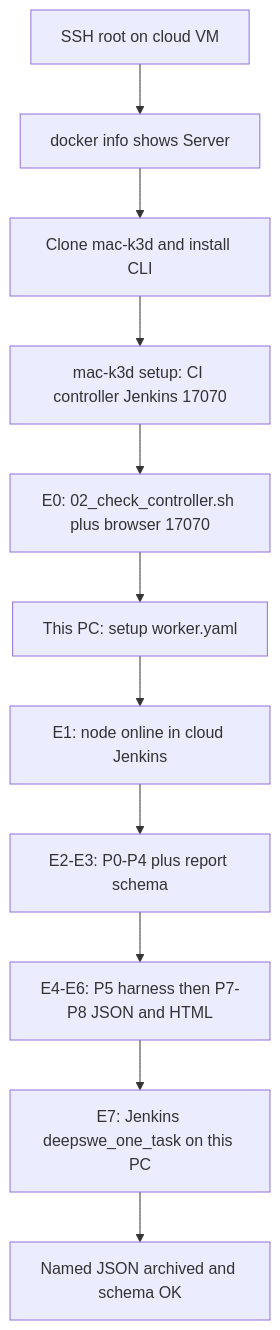
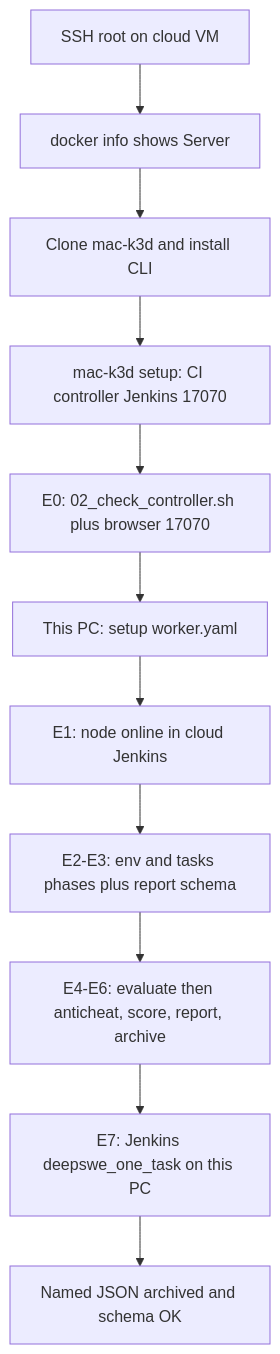
Before and after one commit to Toby-Yu/mac-k3d: the first of 2 diagrams in docs/testing/cloud-eval-runbook.md, drawn with Mermaid. The commit also changed other lines of this file and 126 other files, not shown here.

````diff
--- a/docs/testing/cloud-eval-runbook.md
+++ b/docs/testing/cloud-eval-runbook.md
@@ -35,18 +35,18 @@
 ```mermaid
 flowchart TD
   sshRoot["SSH root on cloud VM"]
   dockerOk["docker info shows Server"]
   cloneBuild["Clone mac-k3d and install CLI"]
   setupCtrl["mac-k3d setup: CI controller Jenkins 17070"]
   e0check["E0: 02_check_controller.sh plus browser 17070"]
   workerSetup["This PC: setup worker.yaml"]
   e1check["E1: node online in cloud Jenkins"]
-  cheap["E2-E3: P0-P4 plus report schema"]
-  paid["E4-E6: P5 harness then P7-P8 JSON and HTML"]
+  cheap["E2-E3: env and tasks phases plus report schema"]
+  paid["E4-E6: evaluate then anticheat, score, report, archive"]
   e7job["E7: Jenkins deepswe_one_task on this PC"]
   jsonOut["Named JSON archived and schema OK"]
 
   sshRoot --> dockerOk --> cloneBuild --> setupCtrl --> e0check
   e0check --> workerSetup --> e1check
   e1check --> cheap --> paid --> e7job --> jsonOut
 ```
````
